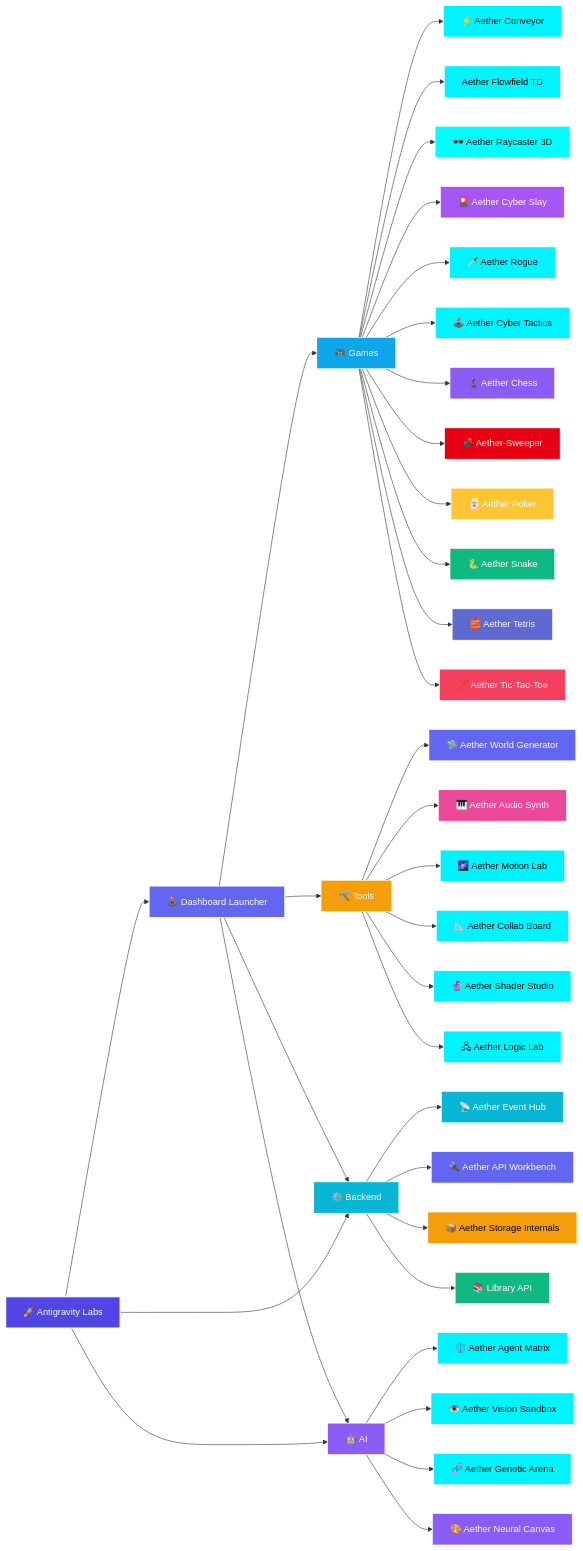
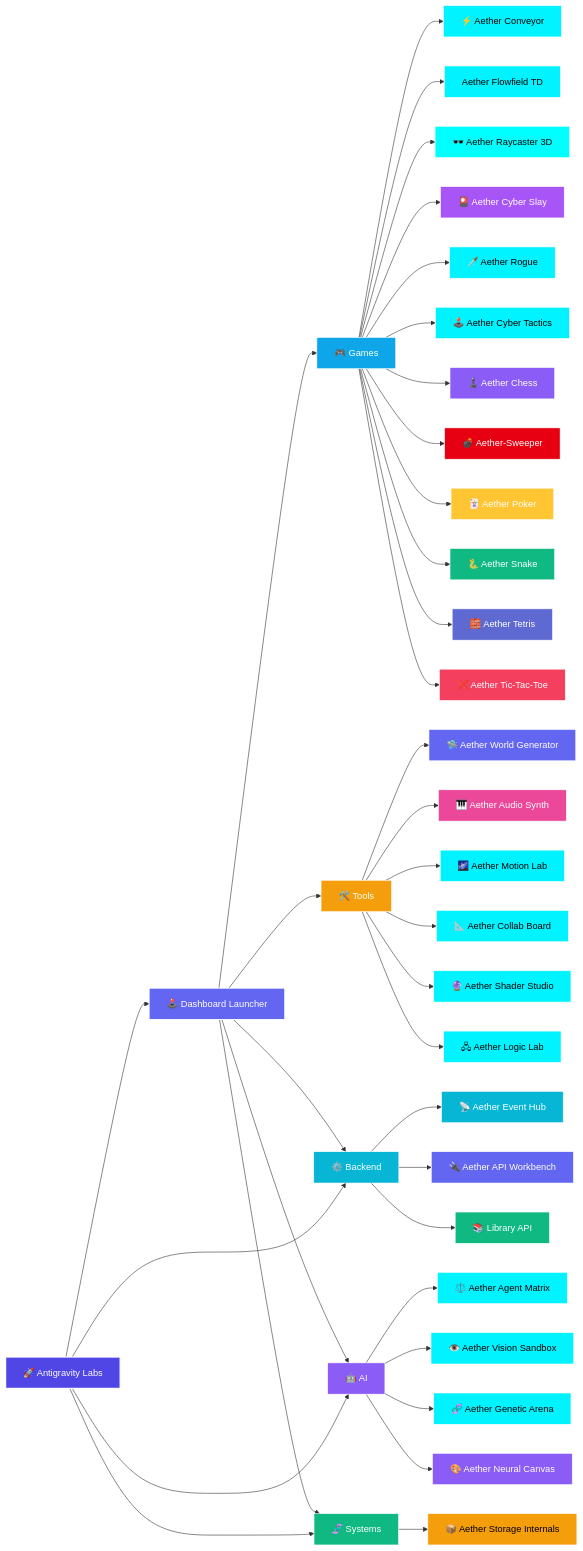
Before and after one commit to Leturnos/antigravity-labs: the diagram in README.md, drawn with Mermaid. The commit also changed other lines of this file and 32 other files, not shown here.

Commit message:
refactor(structure): add systems category and move storage internals into it

````diff
--- a/README.md
+++ b/README.md
@@ -51,77 +52,81 @@
 ```mermaid
 flowchart LR
     Root["🚀 Antigravity Labs"]
     Launcher["🕹️ Dashboard Launcher"]
 
     Root --> Launcher
     Root --> Backend["⚙️ Backend"]
     Root --> AI["🤖 AI"]
+    Root --> Systems["🧬 Systems"]
 
     Launcher --> Games["🎮 Games"]
     Launcher --> Tools["🛠️ Tools"]
     Launcher --> AI["🤖 AI"]
     Launcher --> Backend["⚙️ Backend"]
+    Launcher --> Systems["🧬 Systems"]
 
     Games --> Conveyor["⚡ Aether Conveyor"]
     Games --> FlowfieldTD["Aether Flowfield TD"]
     Games --> Raycaster["🕶️ Aether Raycaster 3D"]
     Games --> CyberSlay["🎴 Aether Cyber Slay"]
     Games --> Rogue["🗡️ Aether Rogue"]
     Games --> Tactics["🕹️ Aether Cyber Tactics"]
     Games --> Chess["♟️ Aether Chess"]
     Games --> Sweeper["💣 Aether-Sweeper"]
     Games --> Poker["🃏 Aether Poker"]
     Games --> Snake["🐍 Aether Snake"]
     Games --> Tetris["🧱 Aether Tetris"]
     Games --> TicTacToe["❌ Aether Tic-Tac-Toe"]
 
     Backend --> EventHub["📡 Aether Event Hub"]
     Backend --> APIWorkbench["🔌 Aether API Workbench"]
-    Backend --> StorageInternals["📦 Aether Storage Internals"]
     Backend --> LibraryAPI["📚 Library API"]
+
+    Systems --> StorageInternals["📦 Aether Storage Internals"]
     
     Tools --> WorldGen["🛸 Aether World Generator"]
     Tools --> AudioSynth["🎹 Aether Audio Synth"]
     Tools --> MotionLab["🌌 Aether Motion Lab"]
     Tools --> CollabBoard["📐 Aether Collab Board"]
     Tools --> ShaderStudio["🔮 Aether Shader Studio"]
     Tools --> LogicLab["🖧 Aether Logic Lab"]
 
     AI --> AgentMatrix["⚖️ Aether Agent Matrix"]
     AI --> VisionSandbox["👁️ Aether Vision Sandbox"]
     AI --> GeneticArena["🧬 Aether Genetic Arena"]
     AI --> NeuralCanvas["🎨 Aether Neural Canvas"]
 
     style Root fill:#4f46e5,stroke:#fff,stroke-width:2px,color:#fff
     style Launcher fill:#6366f1,stroke:#fff,stroke-width:1.5px,color:#fff
     style Games fill:#0ea5e9,stroke:#fff,stroke-width:1px,color:#fff
     style Backend fill:#06b6d4,stroke:#fff,stroke-width:1px,color:#fff
+    style Systems fill:#10b981,stroke:#fff,stroke-width:1px,color:#fff
     style AI fill:#8b5cf6,stroke:#fff,stroke-width:1px,color:#fff
     style Tools fill:#f59e0b,stroke:#fff,stroke-width:1px,color:#fff
     style Conveyor fill:#00f3ff,stroke:#fff,stroke-width:1px,color:#000
     style FlowfieldTD fill:#00f3ff,stroke:#fff,stroke-width:1px,color:#000
     style Raycaster fill:#00ffff,stroke:#fff,stroke-width:1px,color:#000
     style CyberSlay fill:#a855f7,stroke:#fff,stroke-width:1px,color:#fff
     style Rogue fill:#00f3ff,stroke:#fff,stroke-width:1px,color:#000
     style Tactics fill:#00f3ff,stroke:#fff,stroke-width:1px,color:#000
     style Chess fill:#8b5cf6,stroke:#fff,stroke-width:1px,color:#fff
     style Sweeper fill:#e60012,stroke:#fff,stroke-width:1px,color:#fff
     style Poker fill:#ffc533,stroke:#fff,stroke-width:1px,color:#fff
     style Snake fill:#10b981,stroke:#fff,stroke-width:1px,color:#fff
     style Tetris fill:#5e6ad2,stroke:#fff,stroke-width:1px,color:#fff
     style TicTacToe fill:#f43f5e,stroke:#fff,stroke-width:1px,color:#fff
     style EventHub fill:#06b6d4,stroke:#fff,stroke-width:1px,color:#fff
     style APIWorkbench fill:#6366f1,stroke:#fff,stroke-width:1px,color:#fff
     style StorageInternals fill:#f59e0b,stroke:#fff,stroke-width:1px,color:#000
     style LibraryAPI fill:#10b981,stroke:#fff,stroke-width:1px,color:#fff
     style WorldGen fill:#6366f1,stroke:#fff,stroke-width:1px,color:#fff
     style AudioSynth fill:#ec4899,stroke:#fff,stroke-width:1px,color:#fff
     style MotionLab fill:#00f2fe,stroke:#fff,stroke-width:1px,color:#000
     style CollabBoard fill:#00f3ff,stroke:#fff,stroke-width:1px,color:#000
     style ShaderStudio fill:#00f3ff,stroke:#fff,stroke-width:1px,color:#000
     style LogicLab fill:#00f3ff,stroke:#fff,stroke-width:1px,color:#000
     style AgentMatrix fill:#00f3ff,stroke:#fff,stroke-width:1px,color:#000
     style VisionSandbox fill:#00f3ff,stroke:#fff,stroke-width:1px,color:#000
     style GeneticArena fill:#00f3ff,stroke:#fff,stroke-width:1px,color:#000
     style NeuralCanvas fill:#8b5cf6,stroke:#fff,stroke-width:1px,color:#fff
 ```
````
